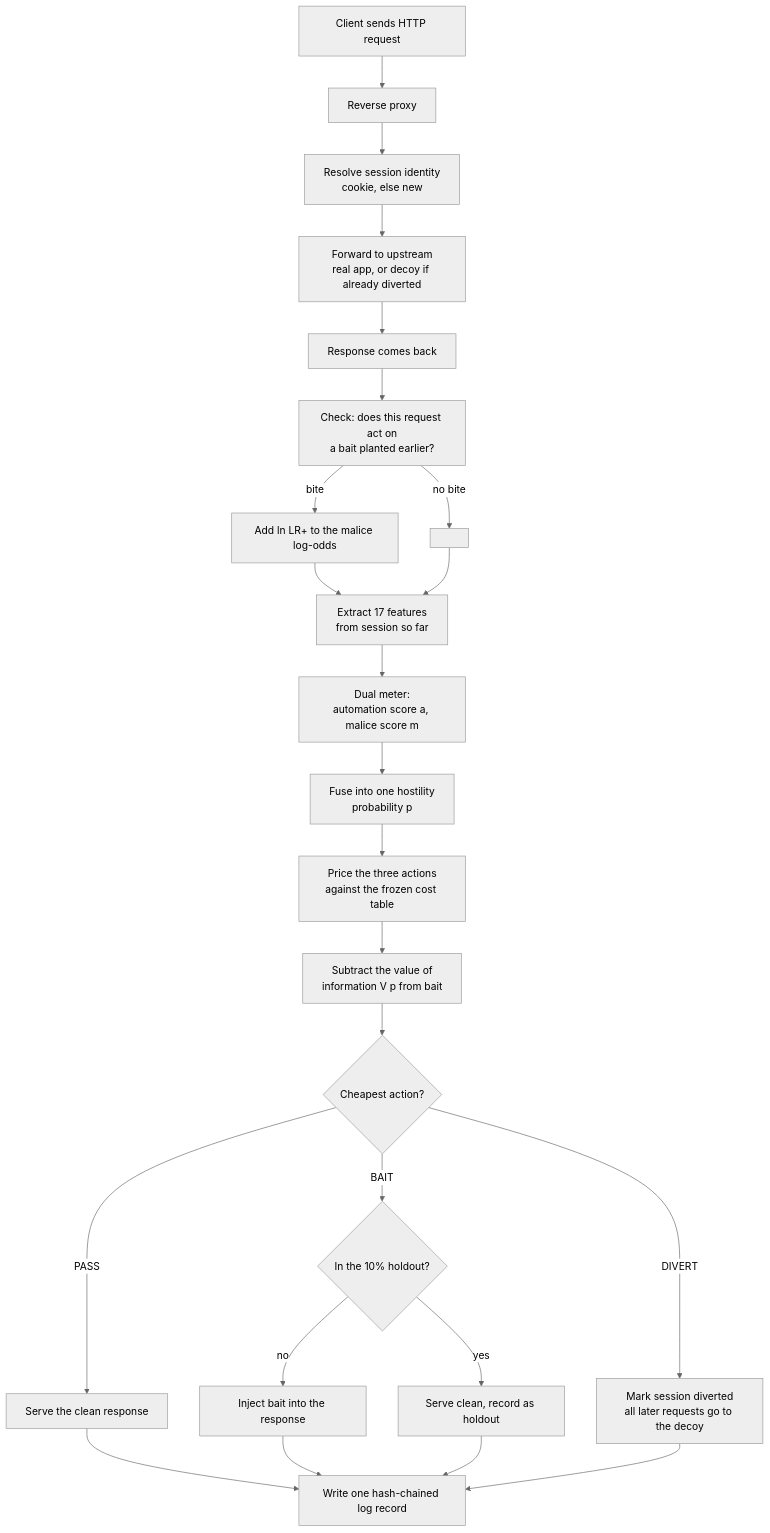
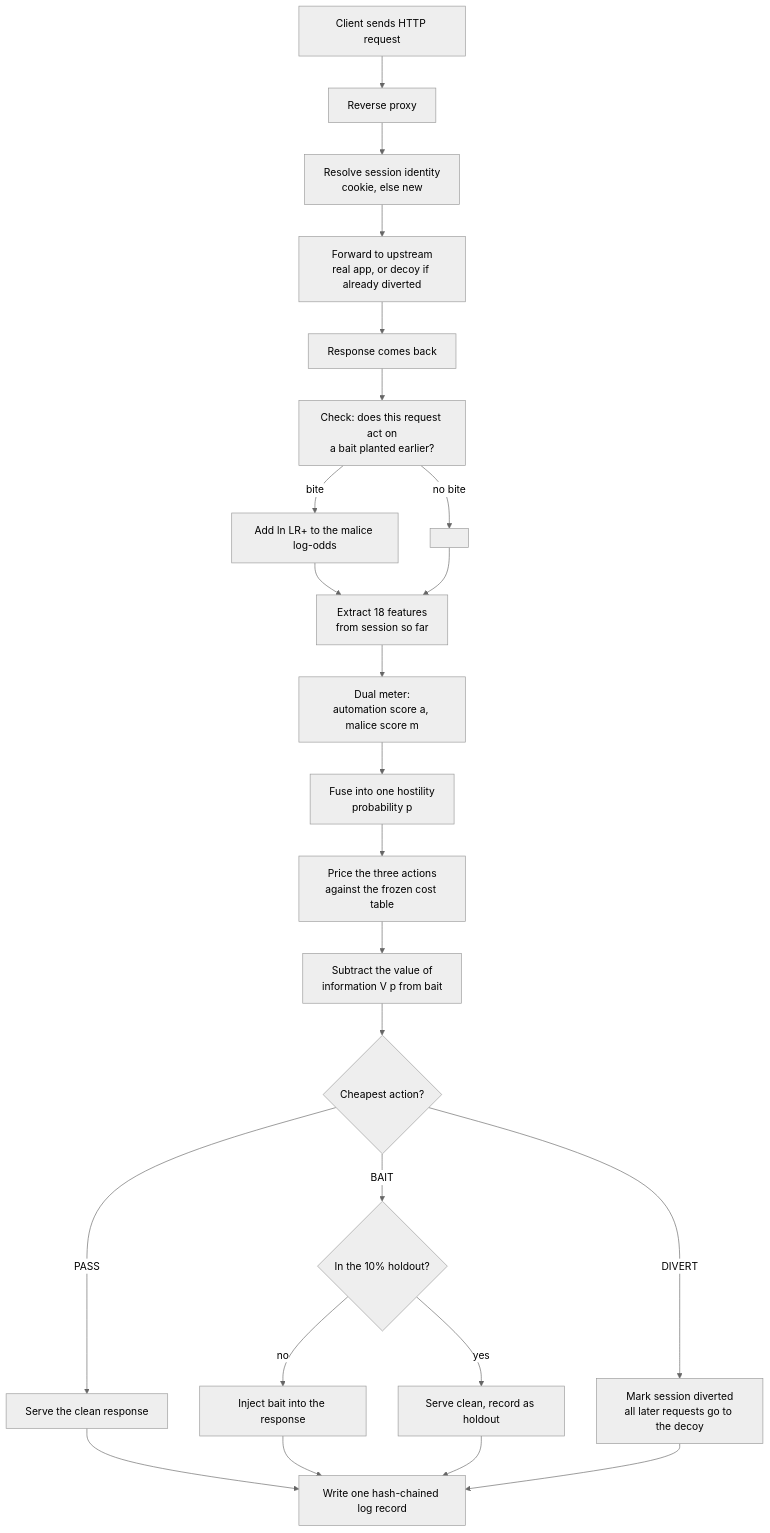
The first of 6 diagrams in docs/METHODOLOGY.md (parthkansal823/FinalYearProject-Deception), drawn with Mermaid (neutral theme) before and after one commit. The commit also changed other lines of this file and 47 other files, not shown here.

````diff
--- a/docs/METHODOLOGY.md
+++ b/docs/METHODOLOGY.md
@@ -113,26 +113,26 @@
 ```mermaid
 flowchart TD
     A[Client sends HTTP request] --> B[Reverse proxy]
     B --> C[Resolve session identity<br/>cookie, else new]
     C --> D[Forward to upstream<br/>real app, or decoy if already diverted]
     D --> E[Response comes back]
     E --> F[Check: does this request act on<br/>a bait planted earlier?]
     F -->|bite| G[Add ln LR+ to the malice log-odds]
     F -->|no bite| H[ ]
-    G --> I[Extract 17 features<br/>from session so far]
+    G --> I[Extract 18 features<br/>from session so far]
     H --> I
     I --> J[Dual meter:<br/>automation score a, malice score m]
     J --> K[Fuse into one hostility<br/>probability p]
     K --> L[Price the three actions<br/>against the frozen cost table]
     L --> M[Subtract the value of<br/>information V p from bait]
     M --> N{Cheapest action?}
     N -->|PASS| O[Serve the clean response]
     N -->|BAIT| P{In the 10% holdout?}
     N -->|DIVERT| Q[Mark session diverted<br/>all later requests go to the decoy]
     P -->|no| R[Inject bait into the response]
     P -->|yes| S[Serve clean, record as holdout]
     O --> T[Write one hash-chained log record]
     R --> T
     S --> T
     Q --> T
 ```
````
